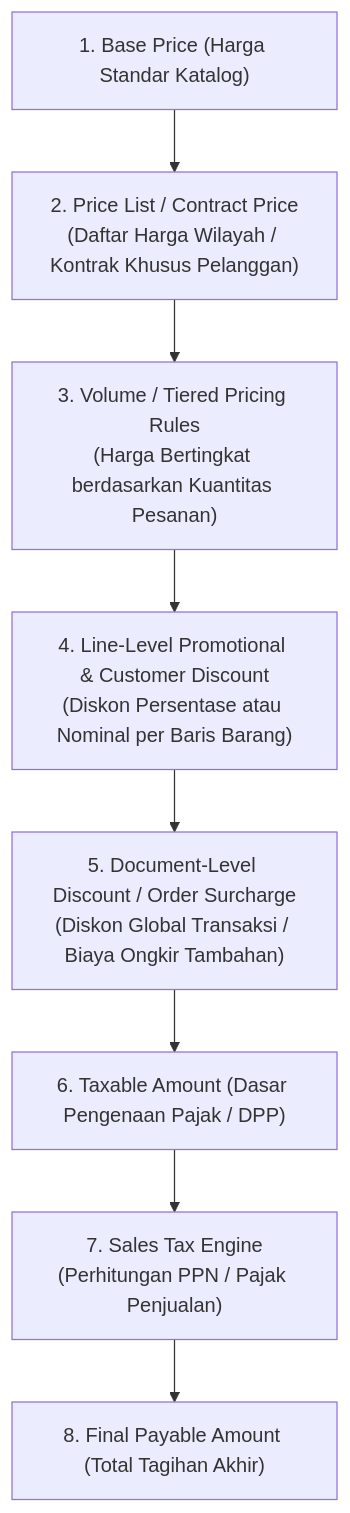
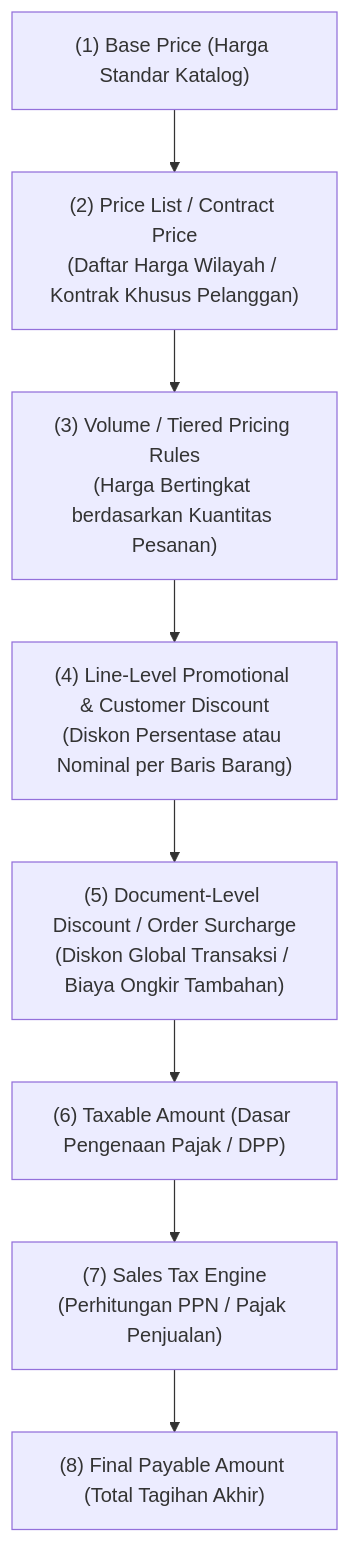
Before and after one commit to alimurrofid/erp-notes: the first of 2 diagrams in content/03-sales/pricing-and-discount.md, drawn with Mermaid. The commit also changed other lines of this file and 132 other files, not shown here.

````diff
--- a/content/03-sales/pricing-and-discount.md
+++ b/content/03-sales/pricing-and-discount.md
@@ -19,11 +19,11 @@
 ```mermaid
 flowchart TD
-    BP["1. Base Price (Harga Standar Katalog)"]
-    --> PL["2. Price List / Contract Price<br/>(Daftar Harga Wilayah / Kontrak Khusus Pelanggan)"]
-    --> Tier["3. Volume / Tiered Pricing Rules<br/>(Harga Bertingkat berdasarkan Kuantitas Pesanan)"]
-    --> Disc["4. Line-Level Promotional & Customer Discount<br/>(Diskon Persentase atau Nominal per Baris Barang)"]
-    --> DocDisc["5. Document-Level Discount / Order Surcharge<br/>(Diskon Global Transaksi / Biaya Ongkir Tambahan)"]
-    --> Taxable["6. Taxable Amount (Dasar Pengenaan Pajak / DPP)"]
-    --> Tax["7. Sales Tax Engine<br/>(Perhitungan PPN / Pajak Penjualan)"]
-    --> Total["8. Final Payable Amount (Total Tagihan Akhir)"]
+    BP["(1) Base Price (Harga Standar Katalog)"]
+    --> PL["(2) Price List / Contract Price<br/>(Daftar Harga Wilayah / Kontrak Khusus Pelanggan)"]
+    --> Tier["(3) Volume / Tiered Pricing Rules<br/>(Harga Bertingkat berdasarkan Kuantitas Pesanan)"]
+    --> Disc["(4) Line-Level Promotional & Customer Discount<br/>(Diskon Persentase atau Nominal per Baris Barang)"]
+    --> DocDisc["(5) Document-Level Discount / Order Surcharge<br/>(Diskon Global Transaksi / Biaya Ongkir Tambahan)"]
+    --> Taxable["(6) Taxable Amount (Dasar Pengenaan Pajak / DPP)"]
+    --> Tax["(7) Sales Tax Engine<br/>(Perhitungan PPN / Pajak Penjualan)"]
+    --> Total["(8) Final Payable Amount (Total Tagihan Akhir)"]
 ```
````
